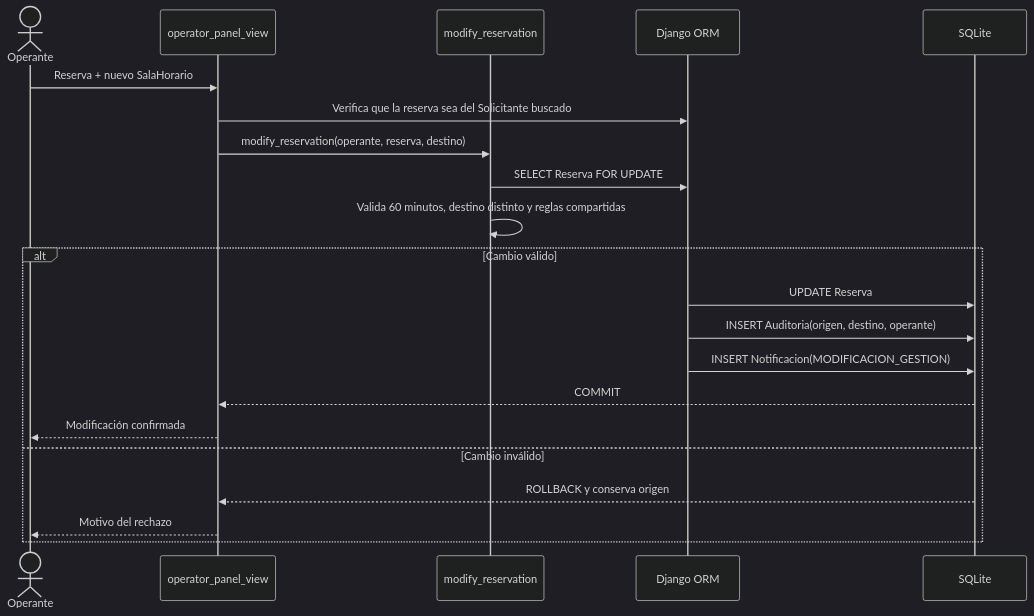
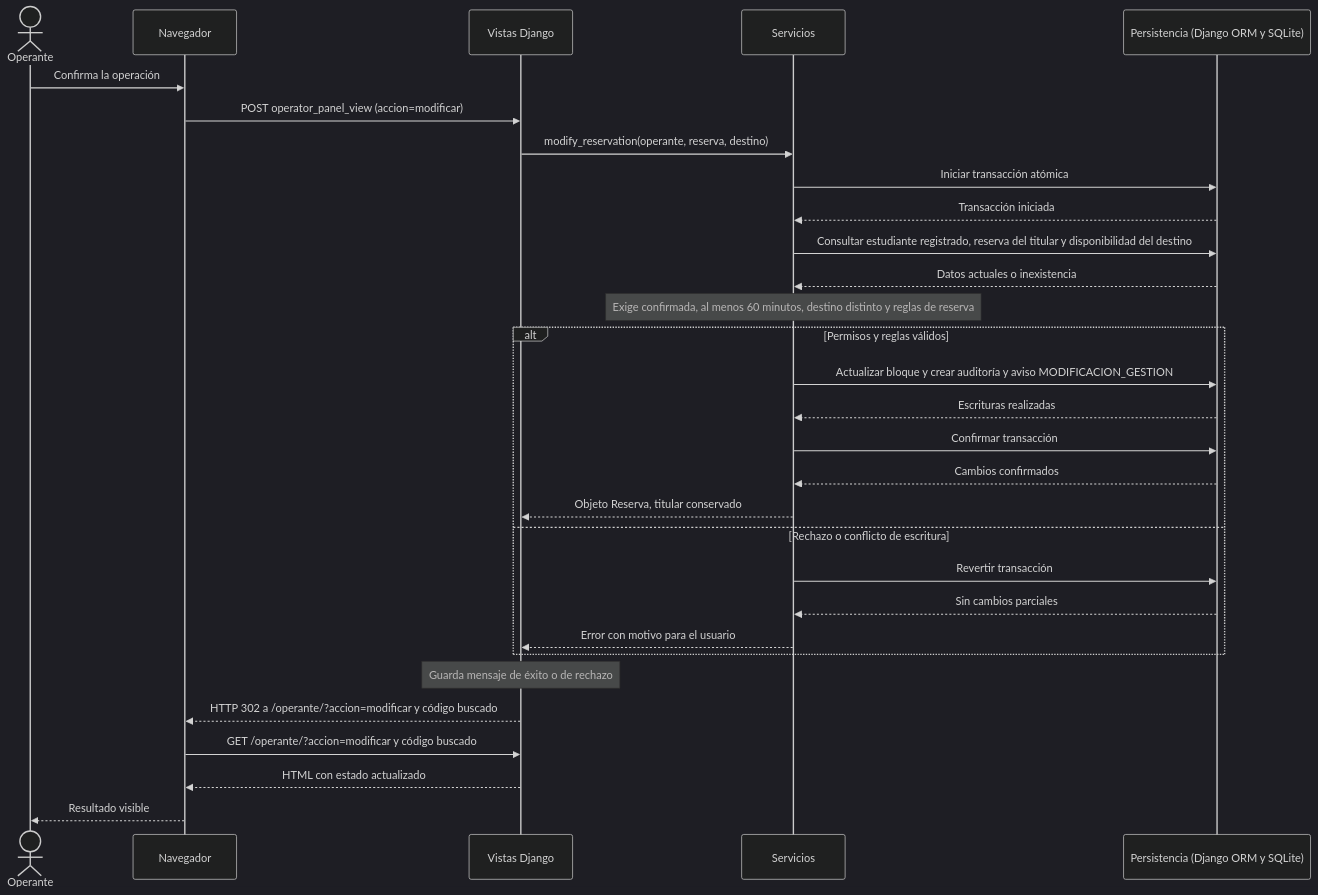
Before and after one commit to Sebas0032/SalaMandra: the fifth of 14 diagrams in docs/sesion-07-modelos.md, drawn with Mermaid (dark theme). The commit also changed other lines of this file and 11 other files, not shown here.

Commit message:
Update architecture and test traceability documentation, reorganize use cases, fix diagrams, expand interaction flows, restore weekday-only reservations, consolidate redundant tests, and remove obsolete diagram images

````diff
--- a/docs/sesion-07-modelos.md
+++ b/docs/sesion-07-modelos.md
@@ -347,23 +361,32 @@
 ```mermaid
 sequenceDiagram
-    actor O as Operante
-    participant V as operator_panel_view
-    participant S as modify_reservation
-    participant ORM as Django ORM
-    participant DB as SQLite
-    O->>V: Reserva + nuevo SalaHorario
-    V->>ORM: Verifica que la reserva sea del Solicitante buscado
+    actor U as Operante
+    participant B as Navegador
+    participant V as Vistas Django
+    participant S as Servicios
+    participant D as Persistencia (Django ORM y SQLite)
+    U->>B: Confirma la operación
+    B->>V: POST operator_panel_view (accion=modificar)
     V->>S: modify_reservation(operante, reserva, destino)
-    S->>ORM: SELECT Reserva FOR UPDATE
-    S->>S: Valida 60 minutos, destino distinto y reglas compartidas
-    alt Cambio válido
-        ORM->>DB: UPDATE Reserva
-        ORM->>DB: INSERT Auditoria(origen, destino, operante)
-        ORM->>DB: INSERT Notificacion(MODIFICACION_GESTION)
-        DB-->>V: COMMIT
-        V-->>O: Modificación confirmada
-    else Cambio inválido
-        DB-->>V: ROLLBACK y conserva origen
-        V-->>O: Motivo del rechazo
+    S->>D: Iniciar transacción atómica
+    D-->>S: Transacción iniciada
+    S->>D: Consultar estudiante registrado, reserva del titular y disponibilidad del destino
+    D-->>S: Datos actuales o inexistencia
+    Note over S: Exige confirmada, al menos 60 minutos, destino distinto y reglas de reserva
+    alt Permisos y reglas válidos
+        S->>D: Actualizar bloque y crear auditoría y aviso MODIFICACION_GESTION
+        D-->>S: Escrituras realizadas
+        S->>D: Confirmar transacción
+        D-->>S: Cambios confirmados
+        S-->>V: Objeto Reserva, titular conservado
+    else Rechazo o conflicto de escritura
+        S->>D: Revertir transacción
+        D-->>S: Sin cambios parciales
+        S-->>V: Error con motivo para el usuario
     end
+    Note over V: Guarda mensaje de éxito o de rechazo
+    V-->>B: HTTP 302 a /operante/?accion=modificar y código buscado
+    B->>V: GET /operante/?accion=modificar y código buscado
+    V-->>B: HTML con estado actualizado
+    B-->>U: Resultado visible
 ```
````
